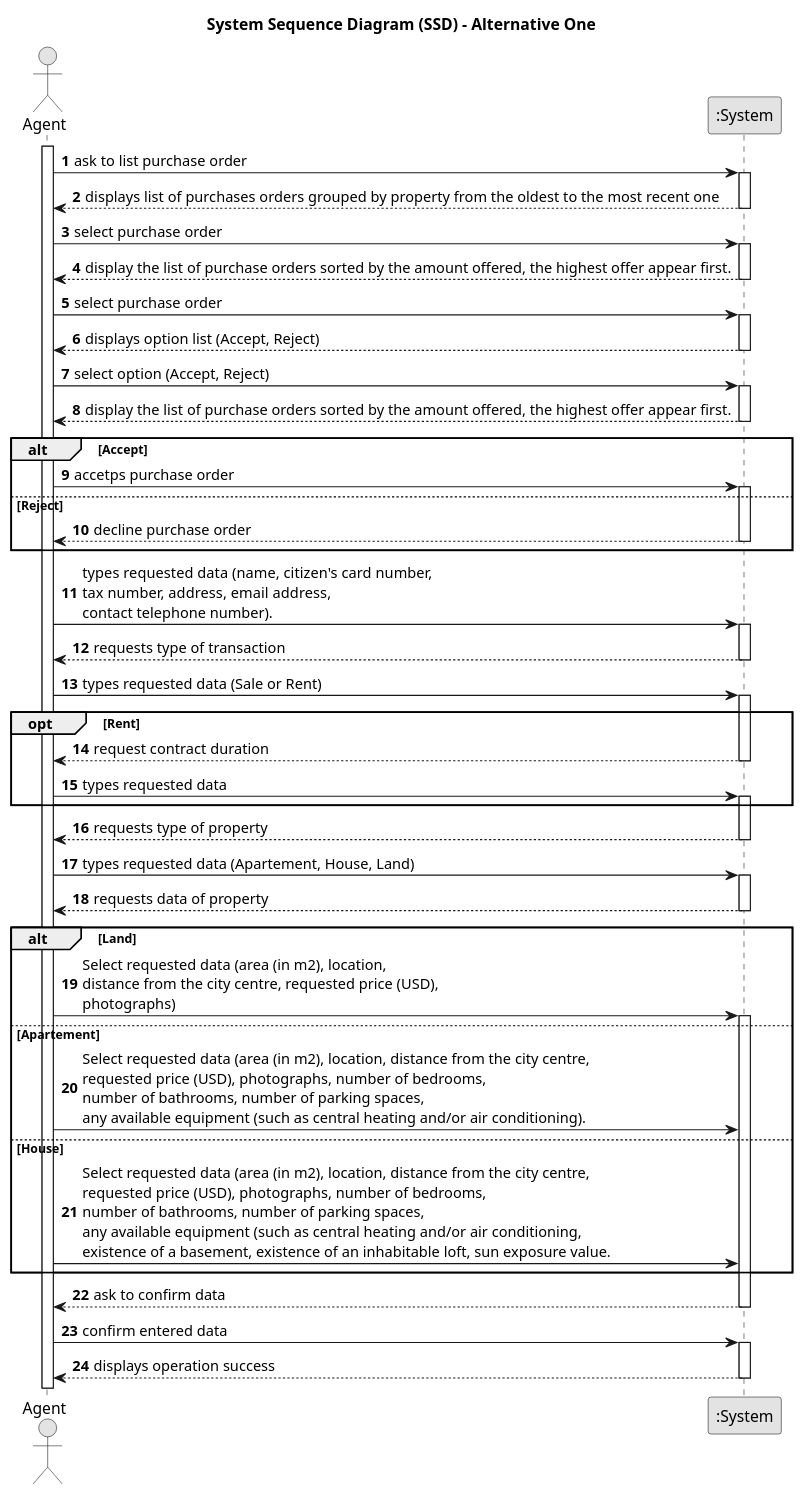
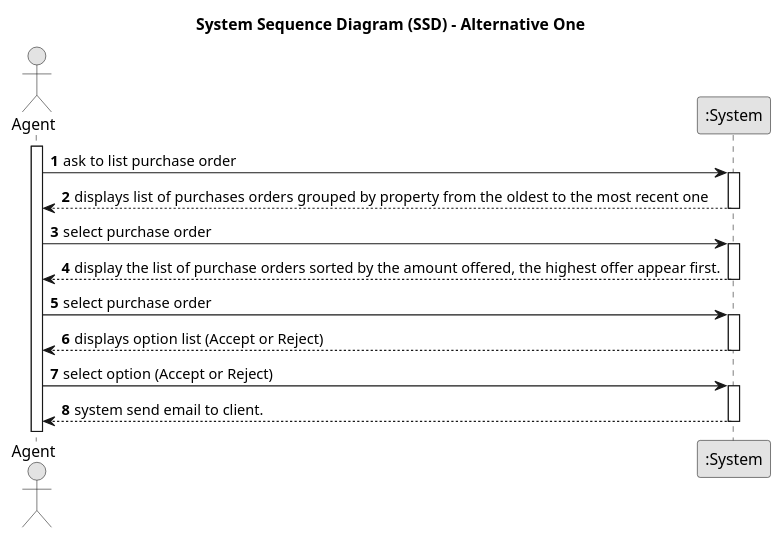
Before and after one commit to Goncalves2525/real-estate-management-system: the diagram in docs/sprintC/us011/01.requirements-engineering/puml/us011-system-sequence-diagram-alternative-one.puml, drawn with PlantUML. The commit also changed 7 other files, not shown here.

```diff
--- a/docs/sprintC/us011/01.requirements-engineering/puml/us011-system-sequence-diagram-alternative-one.puml
+++ b/docs/sprintC/us011/01.requirements-engineering/puml/us011-system-sequence-diagram-alternative-one.puml
@@ -1,97 +1,40 @@
 @startuml
 skinparam monochrome true
 skinparam packageStyle rectangle
 skinparam shadowing false
 
 title System Sequence Diagram (SSD) - Alternative One
 
 autonumber
 
 actor "Agent" as Agent
 participant ":System" as System
 
 activate Agent
 
         Agent -> System : ask to list purchase order
     activate System
 
         System --> Agent : displays list of purchases orders grouped by property from the oldest to the most recent one
     deactivate  System
 
         Agent -> System :select purchase order
     activate System
 
         System --> Agent :display the list of purchase orders sorted by the amount offered, the highest offer appear first.
     deactivate System
 
         Agent -> System : select purchase order
     activate System
 
-        System --> Agent : displays option list (Accept, Reject)
+        System --> Agent : displays option list (Accept or Reject)
     deactivate  System
 
-        Agent -> System :select option (Accept, Reject)
+        Agent -> System :select option (Accept or Reject)
     activate System
 
-        System --> Agent :display the list of purchase orders sorted by the amount offered, the highest offer appear first.
-    deactivate System
-
-
-    alt Accept
-
-        Agent -> System : accetps purchase order
-     activate System
-    else Reject
-        System --> Agent : decline purchase order
-    deactivate System
-    end
-        Agent -> System : types requested data (name, citizen's card number, \ntax number, address, email address, \ncontact telephone number).
-    activate System
-
-        System --> Agent : requests type of transaction
-    deactivate System
-
-
-        Agent -> System : types requested data (Sale or Rent)
-    activate System
-
-
-    opt Rent
-
-        System --> Agent: request contract duration
-        deactivate System
-
-        Agent -> System: types requested data
-        activate System
-    end
-
-        System --> Agent : requests type of property
-    deactivate System
-
-        Agent -> System : types requested data (Apartement, House, Land)
-    activate System
-
-            System --> Agent : requests data of property
-    deactivate System
-
-    alt  Land
-
-        Agent -> System: Select requested data (area (in m2), location, \ndistance from the city centre, requested price (USD), \nphotographs)
-    activate System
-    else  Apartement
-        Agent -> System: Select requested data (area (in m2), location, distance from the city centre, \nrequested price (USD), photographs, number of bedrooms,\nnumber of bathrooms, number of parking spaces,\nany available equipment (such as central heating and/or air conditioning).
-    else  House
-        Agent -> System: Select requested data (area (in m2), location, distance from the city centre, \nrequested price (USD), photographs, number of bedrooms,\nnumber of bathrooms, number of parking spaces,\nany available equipment (such as central heating and/or air conditioning, \nexistence of a basement, existence of an inhabitable loft, sun exposure value.
-    end
-
-            System --> Agent : ask to confirm data
-    deactivate System
-
-            Agent -> System: confirm entered data
-    activate System
-
-        System --> Agent : displays operation success
+        System --> Agent : system send email to client.
     deactivate System
 
 
 @enduml
```
